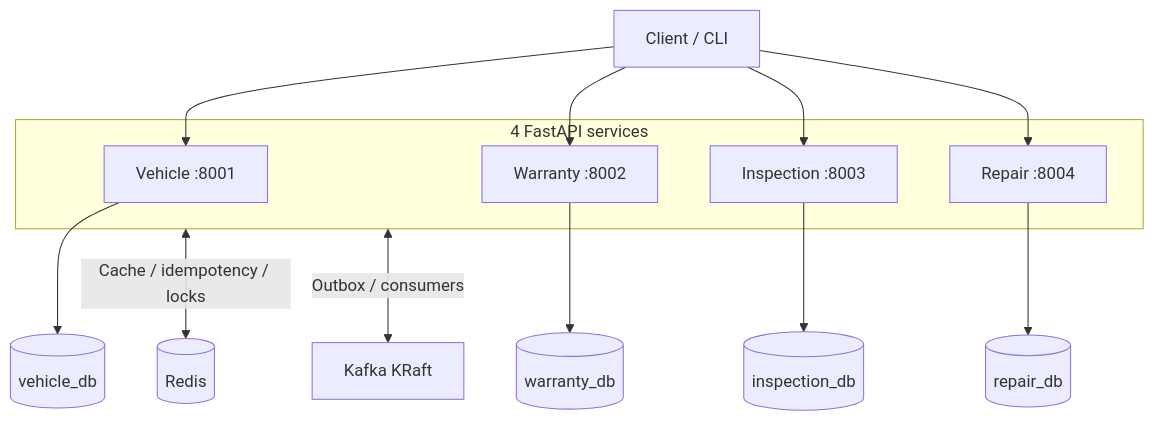
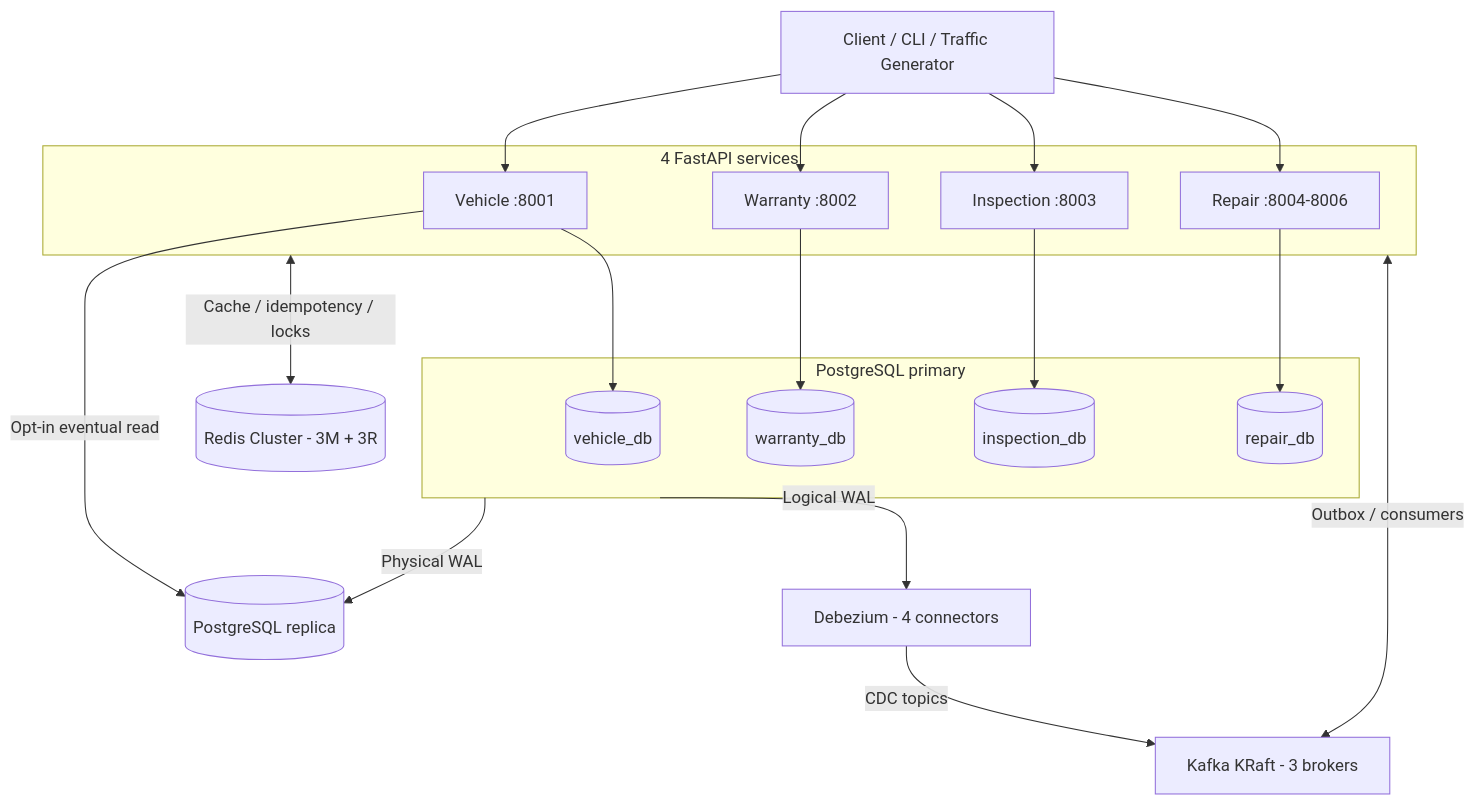
The diagram in lab/docs/diagrams/sources/system-containers.mmd (Huy-8bit/interview), drawn with Mermaid before and after one commit. The commit also changed 143 other files, not shown here.

First line of the commit message:
feat(tests): enhance vehicle service tests and add traffic generator

```diff
--- a/lab/docs/diagrams/sources/system-containers.mmd
+++ b/lab/docs/diagrams/sources/system-containers.mmd
@@ -1,19 +1,29 @@
 flowchart TB
     %% diagram: system-containers
-    client["Client / CLI"]
+    client["Client / CLI / Traffic Generator"]
     subgraph apps["4 FastAPI services"]
         vehicle["Vehicle :8001"]
         warranty["Warranty :8002"]
         inspection["Inspection :8003"]
-        repair["Repair :8004"]
+        repair["Repair :8004-8006"]
     end
     client --> vehicle
     client --> warranty
     client --> inspection
     client --> repair
-    vehicle --> vehicleDb[("vehicle_db")]
-    warranty --> warrantyDb[("warranty_db")]
-    inspection --> inspectionDb[("inspection_db")]
-    repair --> repairDb[("repair_db")]
-    apps <-->|"Cache / idempotency / locks"| redis[("Redis")]
-    apps <-->|"Outbox / consumers"| kafka["Kafka KRaft"]
+    subgraph primary["PostgreSQL primary"]
+        vehicleDb[("vehicle_db")]
+        warrantyDb[("warranty_db")]
+        inspectionDb[("inspection_db")]
+        repairDb[("repair_db")]
+    end
+    vehicle --> vehicleDb
+    warranty --> warrantyDb
+    inspection --> inspectionDb
+    repair --> repairDb
+    primary -->|"Physical WAL"| replica[("PostgreSQL replica")]
+    vehicle -->|"Opt-in eventual read"| replica
+    primary -->|"Logical WAL"| debezium["Debezium - 4 connectors"]
+    debezium -->|"CDC topics"| kafka
+    apps <-->|"Cache / idempotency / locks"| redis[("Redis Cluster - 3M + 3R")]
+    apps <-->|"Outbox / consumers"| kafka["Kafka KRaft - 3 brokers"]
```
